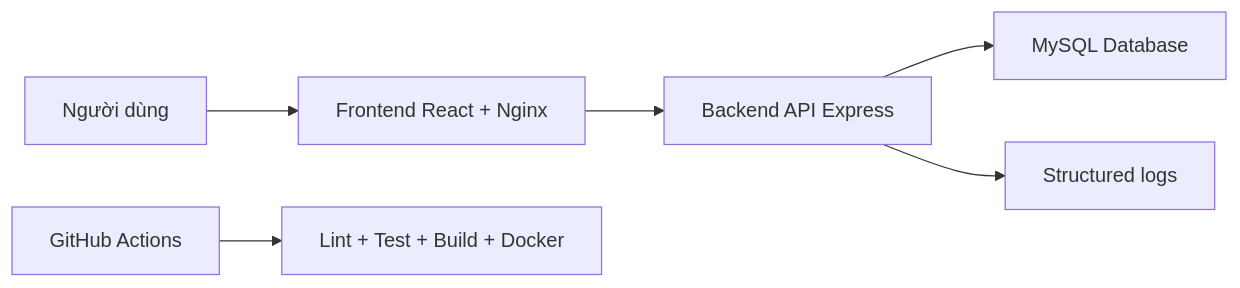
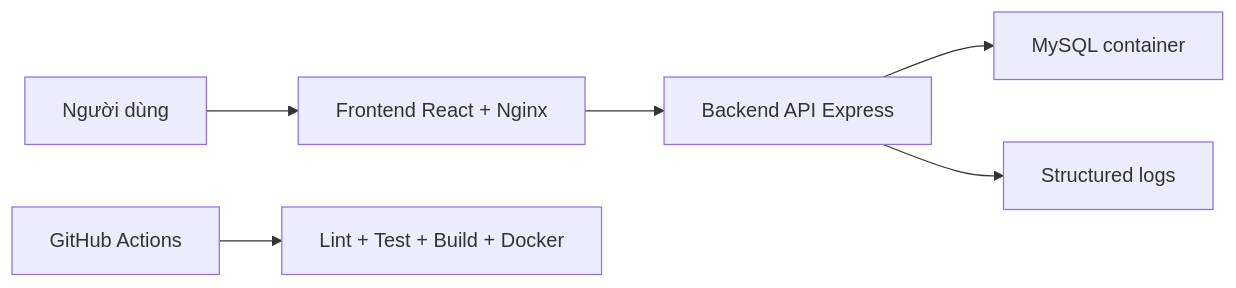
Before and after one commit to dpt004/DevOps: the second of 3 diagrams in docs/architecture.md, drawn with Mermaid. The commit also changed other lines of this file and 5 other files, not shown here.

````diff
--- a/docs/architecture.md
+++ b/docs/architecture.md
@@ -17,8 +31,8 @@
 ```mermaid
 flowchart LR
   User["Người dùng"] --> Frontend["Frontend React + Nginx"]
   Frontend --> Backend["Backend API Express"]
-  Backend --> MySQL["MySQL Database"]
+  Backend --> MySQL["MySQL container"]
   Backend --> Logs["Structured logs"]
   GitHub["GitHub Actions"] --> Build["Lint + Test + Build + Docker"]
 ```
````
